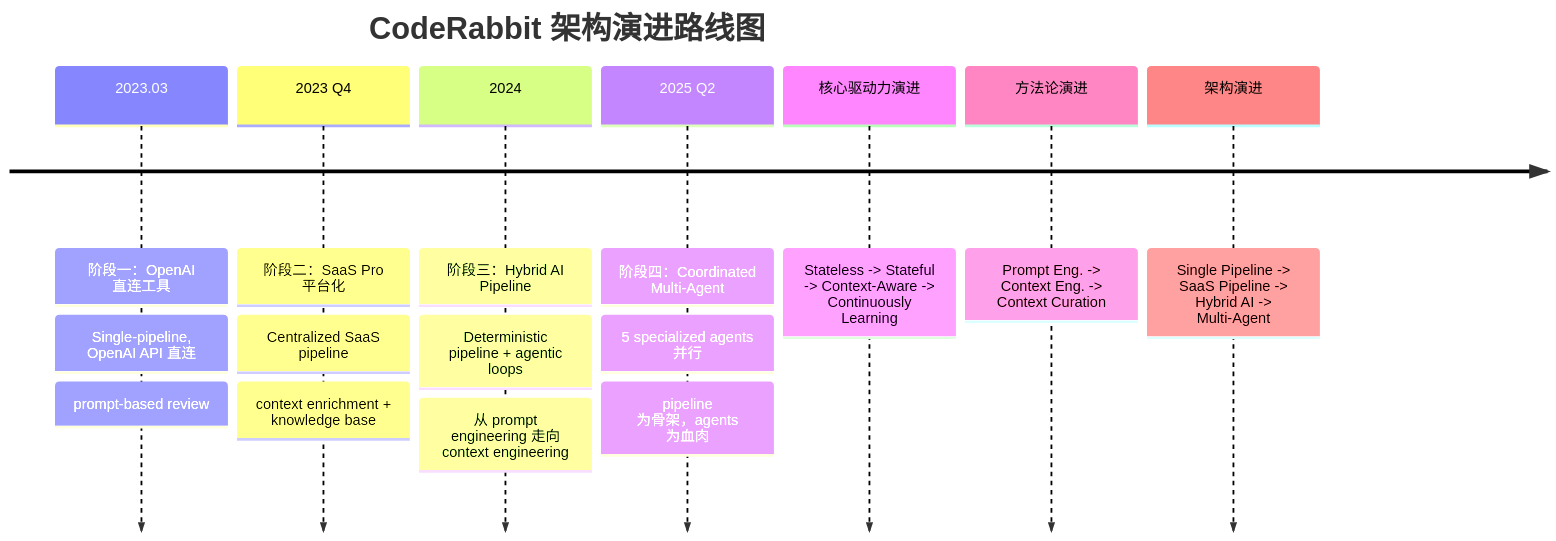
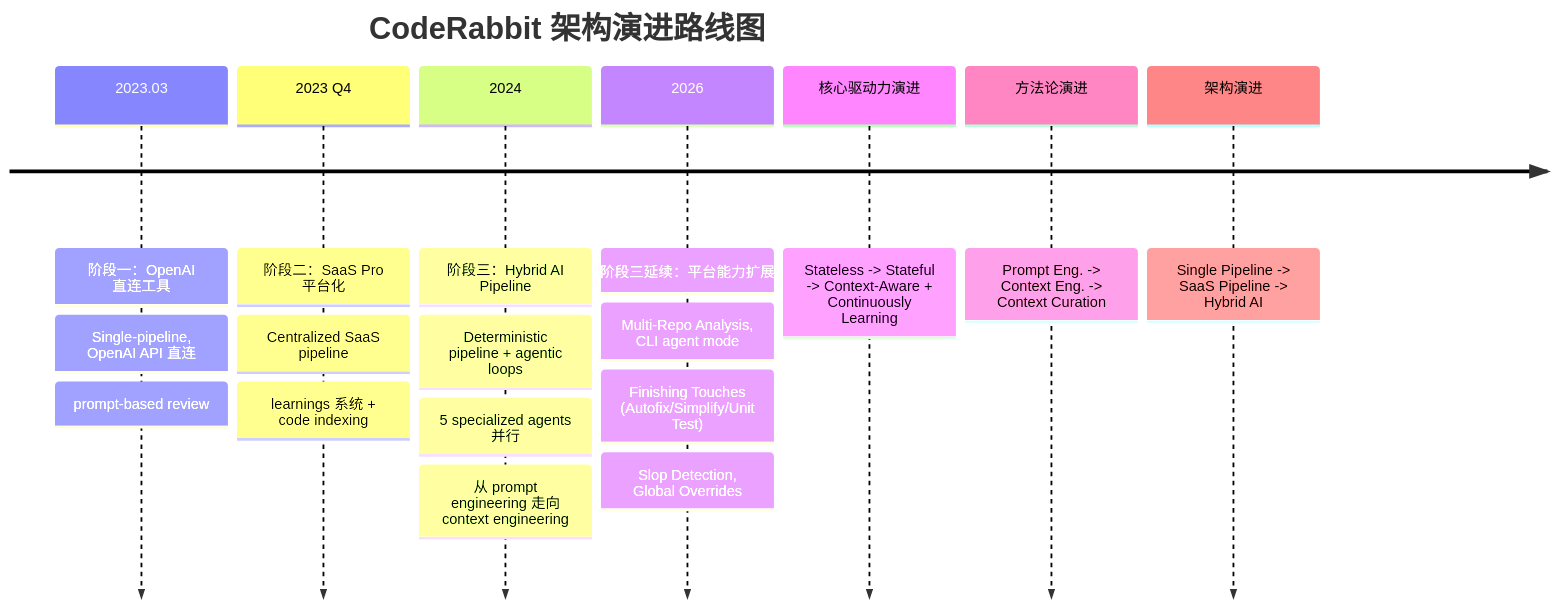
Before and after one commit to iampkuhz/openspec-research-blockchain: the diagram in knowledge/analysis/primitives/ai-code-review/coderabbit-framework/artifact.md, drawn with Mermaid. The commit also changed other lines of this file and 8 other files, not shown here.

````diff
--- a/knowledge/analysis/primitives/ai-code-review/coderabbit-framework/artifact.md
+++ b/knowledge/analysis/primitives/ai-code-review/coderabbit-framework/artifact.md
@@ -118,20 +114,22 @@
 ```mermaid
 timeline
     title CodeRabbit 架构演进路线图
     2023.03 : 阶段一：OpenAI 直连工具
             : Single-pipeline, OpenAI API 直连
             : prompt-based review
     2023 Q4 : 阶段二：SaaS Pro 平台化
             : Centralized SaaS pipeline
-            : context enrichment + knowledge base
+            : learnings 系统 + code indexing
     2024    : 阶段三：Hybrid AI Pipeline
             : Deterministic pipeline + agentic loops
+            : 5 specialized agents 并行
             : 从 prompt engineering 走向 context engineering
-    2025 Q2 : 阶段四：Coordinated Multi-Agent
-            : 5 specialized agents 并行
-            : pipeline 为骨架，agents 为血肉
+    2026    : 阶段三延续：平台能力扩展
+            : Multi-Repo Analysis, CLI agent mode
+            : Finishing Touches (Autofix/Simplify/Unit Test)
+            : Slop Detection, Global Overrides
 
-    核心驱动力演进 : Stateless -> Stateful -> Context-Aware -> Continuously Learning
+    核心驱动力演进 : Stateless -> Stateful -> Context-Aware + Continuously Learning
     方法论演进 : Prompt Eng. -> Context Eng. -> Context Curation
-    架构演进 : Single Pipeline -> SaaS Pipeline -> Hybrid AI -> Multi-Agent
+    架构演进 : Single Pipeline -> SaaS Pipeline -> Hybrid AI
 ```
````
